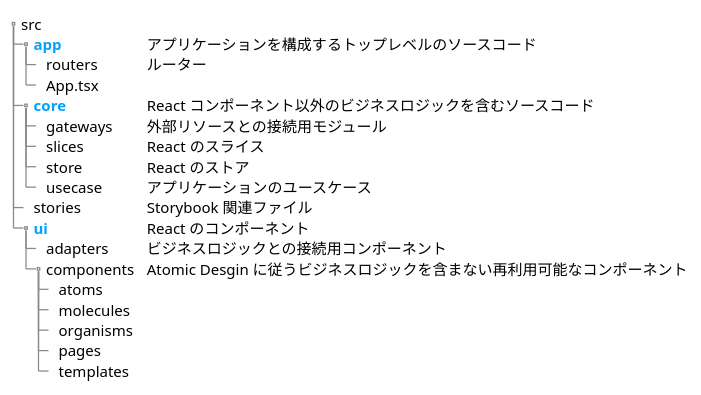
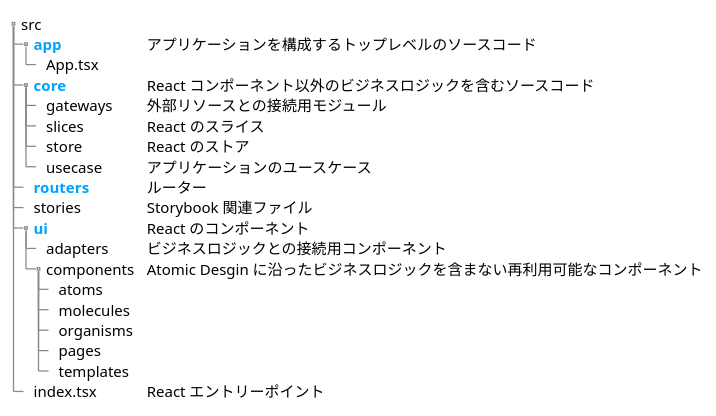
The first of 2 diagrams in docs/diagrams/src/architecture.plantuml (yamagame/react-typescript-starter-app), drawn with PlantUML before and after one commit. The commit also changed other lines of this file and 16 other files, not shown here.

```diff
--- a/docs/diagrams/src/architecture.plantuml
+++ b/docs/diagrams/src/architecture.plantuml
@@ -1,25 +1,26 @@
 @startsalt directory
 ' title  React サンプルプロジェクト ディレクトリ構成
 {
   {T
     + src
     ++ <color:#00A1FF>**app** | アプリケーションを構成するトップレベルのソースコード
-    +++ routers | ルーター
     +++ App.tsx
     ++ <color:#00A1FF>**core** | React コンポーネント以外のビジネスロジックを含むソースコード
     +++ gateways | 外部リソースとの接続用モジュール
     +++ slices | React のスライス
     +++ store | React のストア
     +++ usecase | アプリケーションのユースケース
+    ++ <color:#00A1FF>**routers** | ルーター
     ++ stories | Storybook 関連ファイル
     ++ <color:#00A1FF>**ui** | React のコンポーネント
     +++ adapters | ビジネスロジックとの接続用コンポーネント
-    +++ components | Atomic Desgin に従うビジネスロジックを含まない再利用可能なコンポーネント
+    +++ components | Atomic Desgin に沿ったビジネスロジックを含まない再利用可能なコンポーネント
     ++++ atoms
     ++++ molecules
     ++++ organisms
     ++++ pages
     ++++ templates
+    ++ index.tsx | React エントリーポイント
   }
 }
 @endsalt
```
